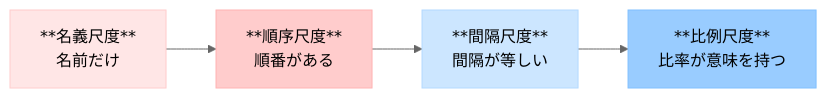
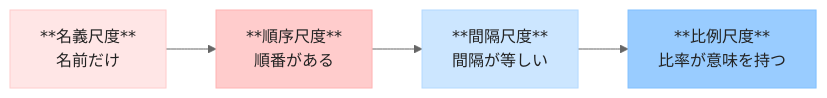
One commit to lcp-business-SRE/data-analytics-knowledge-base changed the second of 2 diagrams in data-analytics-guides/docs/data-analysis/fundamentals/fundamentals-of-data-visualization/introduction/type-of-data.md. Above: the diagram before and after it, drawn with Mermaid (neutral theme). The commit also changed other lines of this file, not shown here.

````diff
--- a/data-analytics-guides/docs/data-analysis/fundamentals/fundamentals-of-data-visualization/introduction/type-of-data.md
+++ b/data-analytics-guides/docs/data-analysis/fundamentals/fundamentals-of-data-visualization/introduction/type-of-data.md
@@ -171,11 +172,11 @@
 ```mermaid
 graph LR
     A[**名義尺度**<br/>名前だけ] --> B[**順序尺度**<br/>順番がある]
     B --> C[**間隔尺度**<br/>間隔が等しい]
     C --> D[**比例尺度**<br/>比率が意味を持つ]
     
-    style A fill:#ffe6e6,stroke:#ffcccc
-    style B fill:#ffcccc,stroke:#ffb3b3
-    style C fill:#cce6ff,stroke:#b3d9ff
-    style D fill:#99ccff,stroke:#80bfff
+    style A fill:#ffe6e6,stroke:#ffcccc,color:#222222
+    style B fill:#ffcccc,stroke:#ffb3b3,color:#222222
+    style C fill:#cce6ff,stroke:#b3d9ff,color:#222222
+    style D fill:#99ccff,stroke:#80bfff,color:#222222
 ```
````
